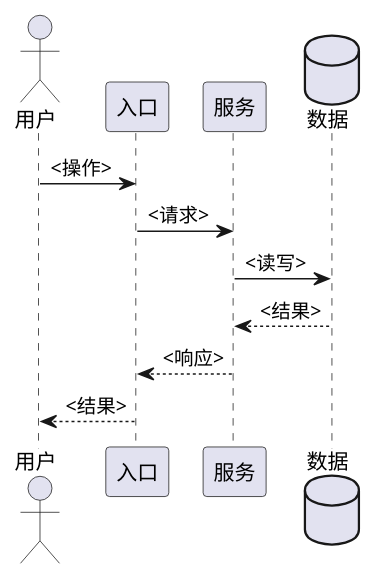
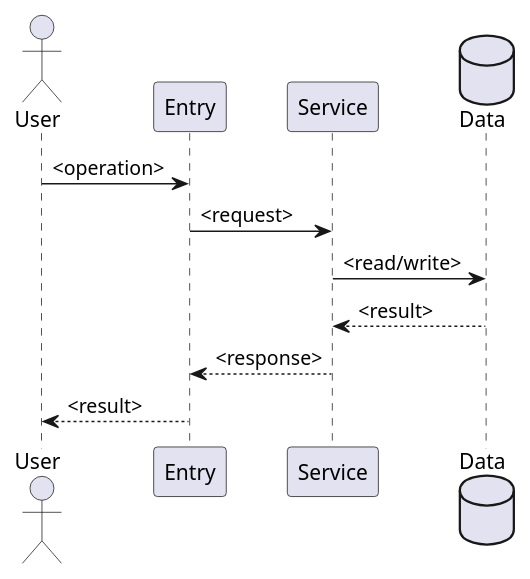
One commit to Timetraps-x/code-loom changed the second of 3 diagrams in codeloom/templates/plan-template.md. Above: the diagram before and after it, drawn with PlantUML. The commit also changed other lines of this file and 17 other files, not shown here.

````diff
--- a/codeloom/templates/plan-template.md
+++ b/codeloom/templates/plan-template.md
@@ -54,14 +54,14 @@
 ```plantuml
 @startuml
-actor 用户 as U
-participant "入口" as Entry
-participant "服务" as S
-database "数据" as DB
-U -> Entry : <操作>
-Entry -> S : <请求>
-S -> DB : <读写>
-DB --> S : <结果>
-S --> Entry : <响应>
-Entry --> U : <结果>
+actor User as U
+participant "Entry" as Entry
+participant "Service" as S
+database "Data" as DB
+U -> Entry : <operation>
+Entry -> S : <request>
+S -> DB : <read/write>
+DB --> S : <result>
+S --> Entry : <response>
+Entry --> U : <result>
 @enduml
 ```
````
